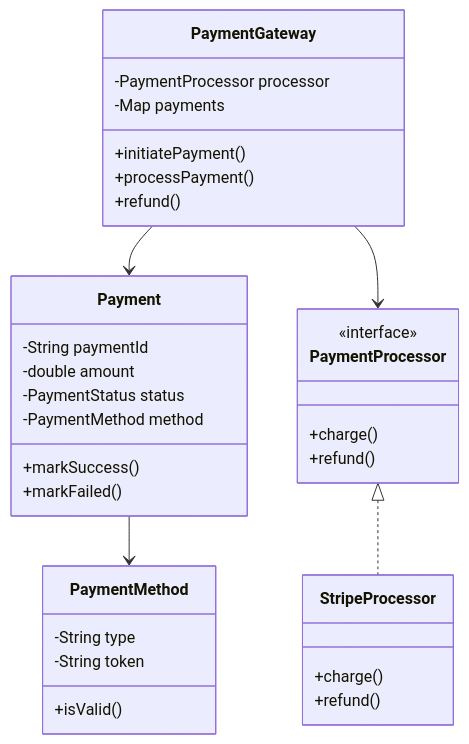
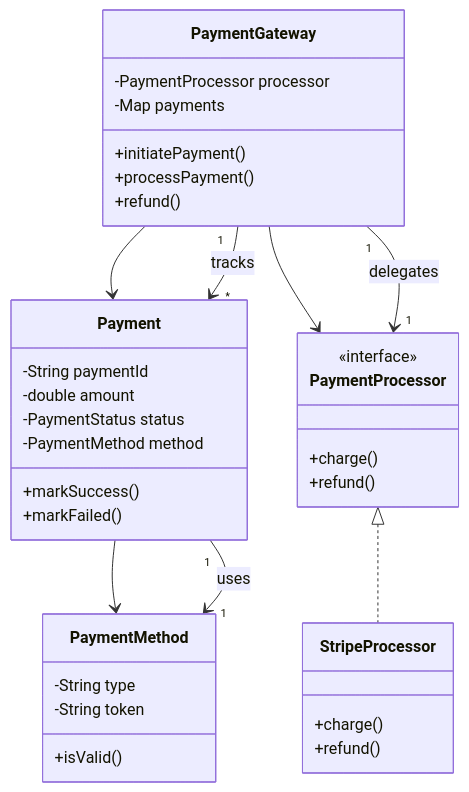
Before and after one commit to mthaiseer/springcloud-systemdesign-notes: diagram 13 of 19 in LLD_NOTES/lld_visual_java_reference_mermaid_full_implementation.md, drawn with Mermaid. The commit also changed other lines of this file, not shown here.

````diff
--- a/LLD_NOTES/lld_visual_java_reference_mermaid_full_implementation.md
+++ b/LLD_NOTES/lld_visual_java_reference_mermaid_full_implementation.md
@@ -2463,36 +2857,40 @@
 ```mermaid
 classDiagram
   class PaymentGateway {
     -PaymentProcessor processor
     -Map payments
     +initiatePayment()
     +processPayment()
     +refund()
   }
   class Payment {
     -String paymentId
     -double amount
     -PaymentStatus status
     -PaymentMethod method
     +markSuccess()
     +markFailed()
   }
   class PaymentMethod {
     -String type
     -String token
     +isValid()
   }
   class PaymentProcessor {
     <<interface>>
     +charge()
     +refund()
   }
   class StripeProcessor {
     +charge()
     +refund()
   }
   PaymentGateway --> Payment
   PaymentGateway --> PaymentProcessor
   Payment --> PaymentMethod
   PaymentProcessor <|.. StripeProcessor
+  %% Cardinality relationships
+  PaymentGateway "1" --> "*" Payment : tracks
+  Payment "1" --> "1" PaymentMethod : uses
+  PaymentGateway "1" --> "1" PaymentProcessor : delegates
 ```
````
